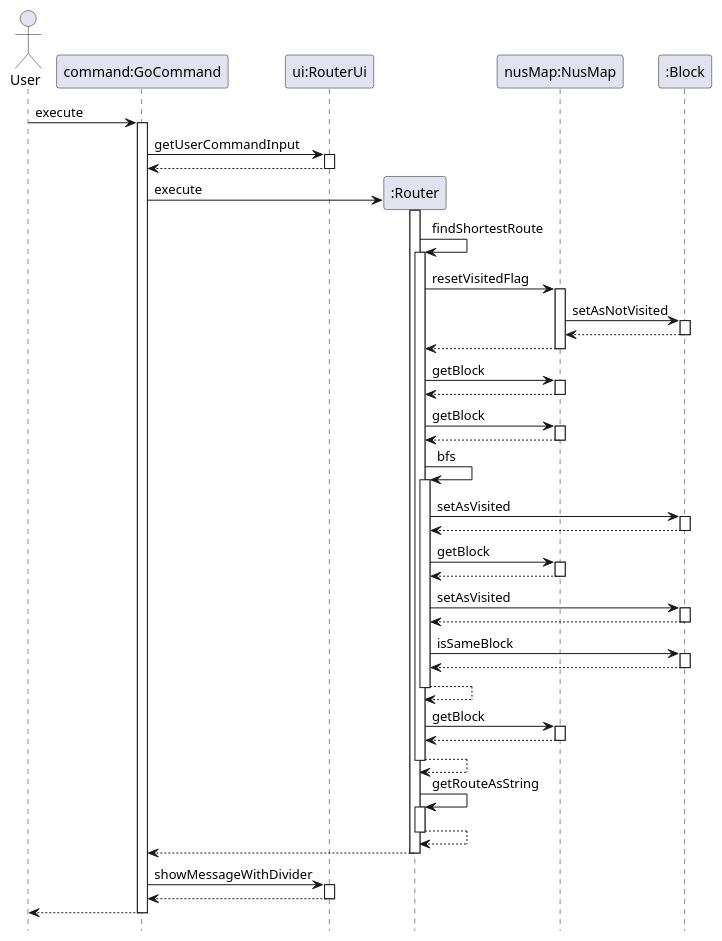
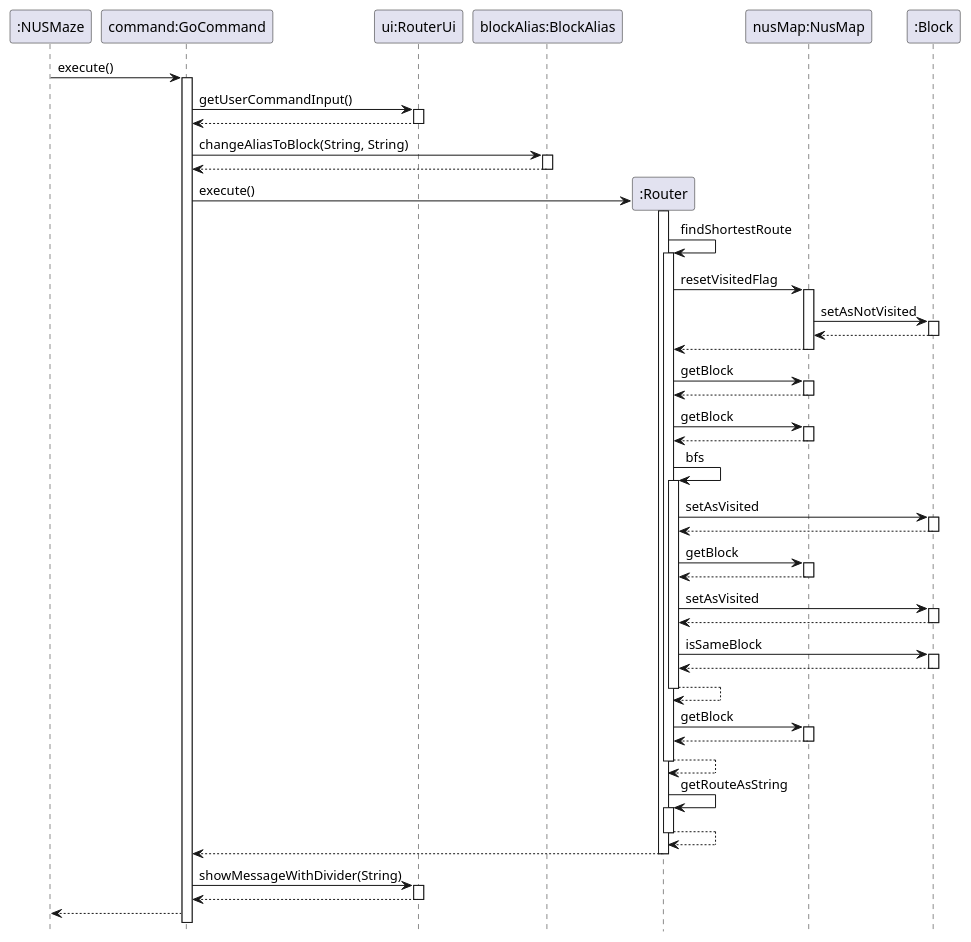
The diagram in docs/routersequencediagram.puml (nus-cs2113-AY2021S2/tp), drawn with PlantUML before and after one commit. The commit also changed 4 other files, not shown here.

Commit message:
updated uml

```diff
--- a/docs/routersequencediagram.puml
+++ b/docs/routersequencediagram.puml
@@ -1,69 +1,74 @@
 @startuml
 hide footbox
-actor "User"
+participant ":NUSMaze"
 participant "command:GoCommand"
 participant "ui:RouterUi"
-"User" -> "command:GoCommand" : execute
+participant "blockAlias:BlockAlias"
+":NUSMaze"-> "command:GoCommand" : execute()
 activate "command:GoCommand"
-"command:GoCommand" -> "ui:RouterUi": getUserCommandInput
+"command:GoCommand" -> "ui:RouterUi": getUserCommandInput()
 activate "ui:RouterUi"
 "ui:RouterUi" --> "command:GoCommand":
 deactivate "ui:RouterUi"
+"command:GoCommand" -> "blockAlias:BlockAlias": changeAliasToBlock(String, String)
+activate "blockAlias:BlockAlias"
+return
+deactivate "blockAlias:BlockAlias"
 create ":Router"
-"command:GoCommand" -> ":Router" : execute
+"command:GoCommand" -> ":Router" : execute()
 activate ":Router"
 ":Router" -> ":Router" : findShortestRoute
 activate ":Router"
 ":Router" -> "nusMap:NusMap" : resetVisitedFlag
 activate "nusMap:NusMap"
 "nusMap:NusMap" -> ":Block" : setAsNotVisited
 activate ":Block"
 ":Block" --> "nusMap:NusMap"
 deactivate ":Block"
 "nusMap:NusMap" --> ":Router"
 deactivate "nusMap:NusMap"
 ":Router" -> "nusMap:NusMap" : getBlock
 activate "nusMap:NusMap"
 "nusMap:NusMap" --> ":Router"
 deactivate "nusMap:NusMap"
 ":Router" -> "nusMap:NusMap" : getBlock
 activate "nusMap:NusMap"
 "nusMap:NusMap" --> ":Router"
 deactivate "nusMap:NusMap"
 ":Router" -> ":Router" : bfs
 activate ":Router"
 ":Router" -> ":Block" : setAsVisited
 activate ":Block"
 ":Block" --> ":Router"
 deactivate ":Block"
 ":Router" -> "nusMap:NusMap" : getBlock
 activate "nusMap:NusMap"
 "nusMap:NusMap" --> ":Router"
 deactivate "nusMap:NusMap"
 ":Router" -> ":Block" : setAsVisited
 activate ":Block"
 ":Block" --> ":Router"
 deactivate ":Block"
 ":Router" -> ":Block" : isSameBlock
 activate ":Block"
 ":Block" --> ":Router"
 deactivate ":Block"
 ":Router" --> ":Router"
 deactivate ":Router"
 ":Router" -> "nusMap:NusMap" : getBlock
 activate "nusMap:NusMap"
 "nusMap:NusMap" --> ":Router"
 deactivate "nusMap:NusMap"
 ":Router" --> ":Router"
 deactivate ":Router"
 ":Router" -> ":Router" : getRouteAsString
 activate ":Router"
 ":Router" --> ":Router"
 deactivate ":Router"
 ":Router" --> "command:GoCommand"
 deactivate ":Router"
-"command:GoCommand" -> "ui:RouterUi": showMessageWithDivider
+"command:GoCommand" -> "ui:RouterUi": showMessageWithDivider(String)
 activate "ui:RouterUi"
 return
-return
+ "command:GoCommand" --> ":NUSMaze"
 @enduml
```
